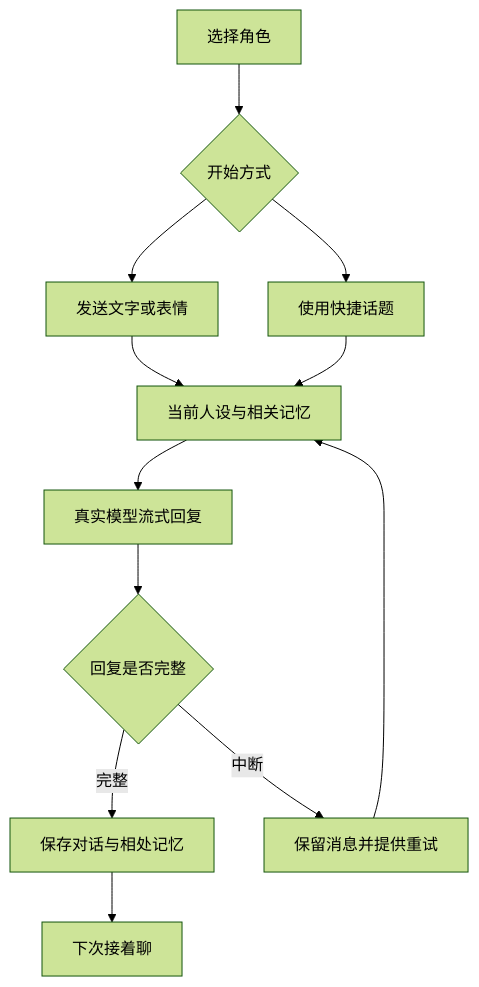
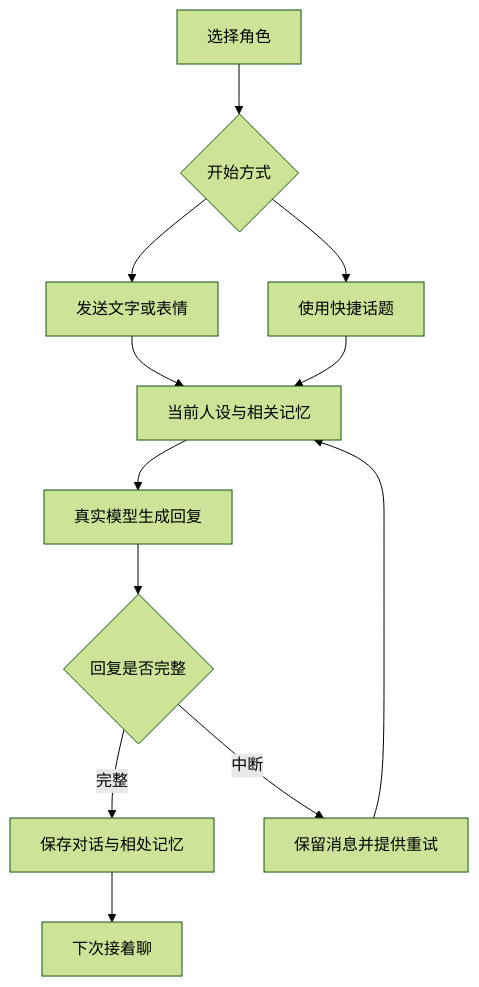
Before and after one commit to slq520168-creator/liaotian123: the first of 2 diagrams in README.md, drawn with Mermaid (forest theme). The commit also changed other lines of this file and 16 other files, not shown here.

````diff
--- a/README.md
+++ b/README.md
@@ -72,14 +72,14 @@
 ```mermaid
 flowchart TD
   A[选择角色] --> B{开始方式}
   B --> C[发送文字或表情]
   B --> D[使用快捷话题]
   C --> E[当前人设与相关记忆]
   D --> E
-  E --> F[真实模型流式回复]
+  E --> F[真实模型生成回复]
   F --> G{回复是否完整}
   G -->|完整| H[保存对话与相处记忆]
   G -->|中断| I[保留消息并提供重试]
   H --> J[下次接着聊]
   I --> E
 ```
````
